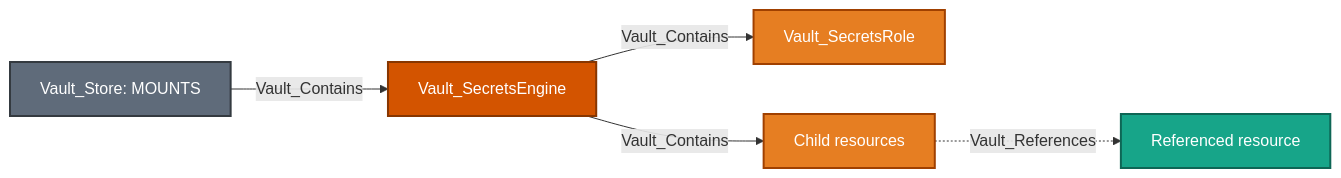
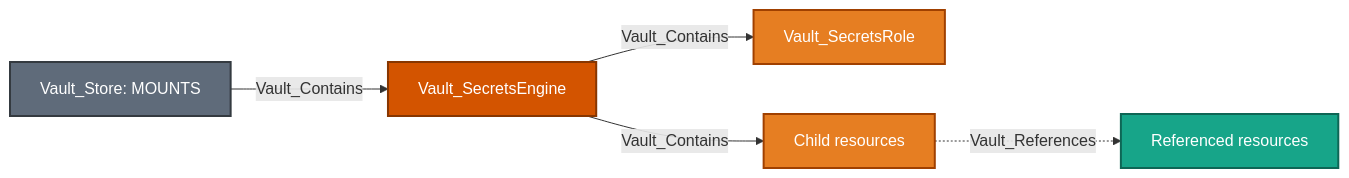
One commit to bytewreck/opengraph-vault changed the first of 27 diagrams in Documentation/stores/MOUNTS.md. Above: the diagram before and after it, drawn with Mermaid. The commit also changed other lines of this file and 4 other files, not shown here.

````diff
--- a/Documentation/stores/MOUNTS.md
+++ b/Documentation/stores/MOUNTS.md
@@ -74,12 +74,12 @@
 ```mermaid
 flowchart LR
     store[Vault_Store: MOUNTS]:::storeNode -->|Vault_Contains| mount[Vault_SecretsEngine]:::mountNode
     mount -->|Vault_Contains| O1[Vault_SecretsRole]:::secretObjectNode
     mount -->|Vault_Contains| O2[Child resources]:::secretObjectNode
-    O2 -.->|Vault_References| dependency[Referenced resource]:::referenceNode
+    O2 -.->|Vault_References| dependency[Referenced resources]:::referenceNode
 
     classDef storeNode fill:#5F6B7A,color:#fff,stroke:#343A40,stroke-width:2px
     classDef mountNode fill:#D35400,color:#fff,stroke:#873600,stroke-width:2px
     classDef secretObjectNode fill:#E67E22,color:#fff,stroke:#A04000,stroke-width:2px
     classDef referenceNode fill:#17A589,color:#fff,stroke:#0E6655,stroke-width:2px
 ```
````
